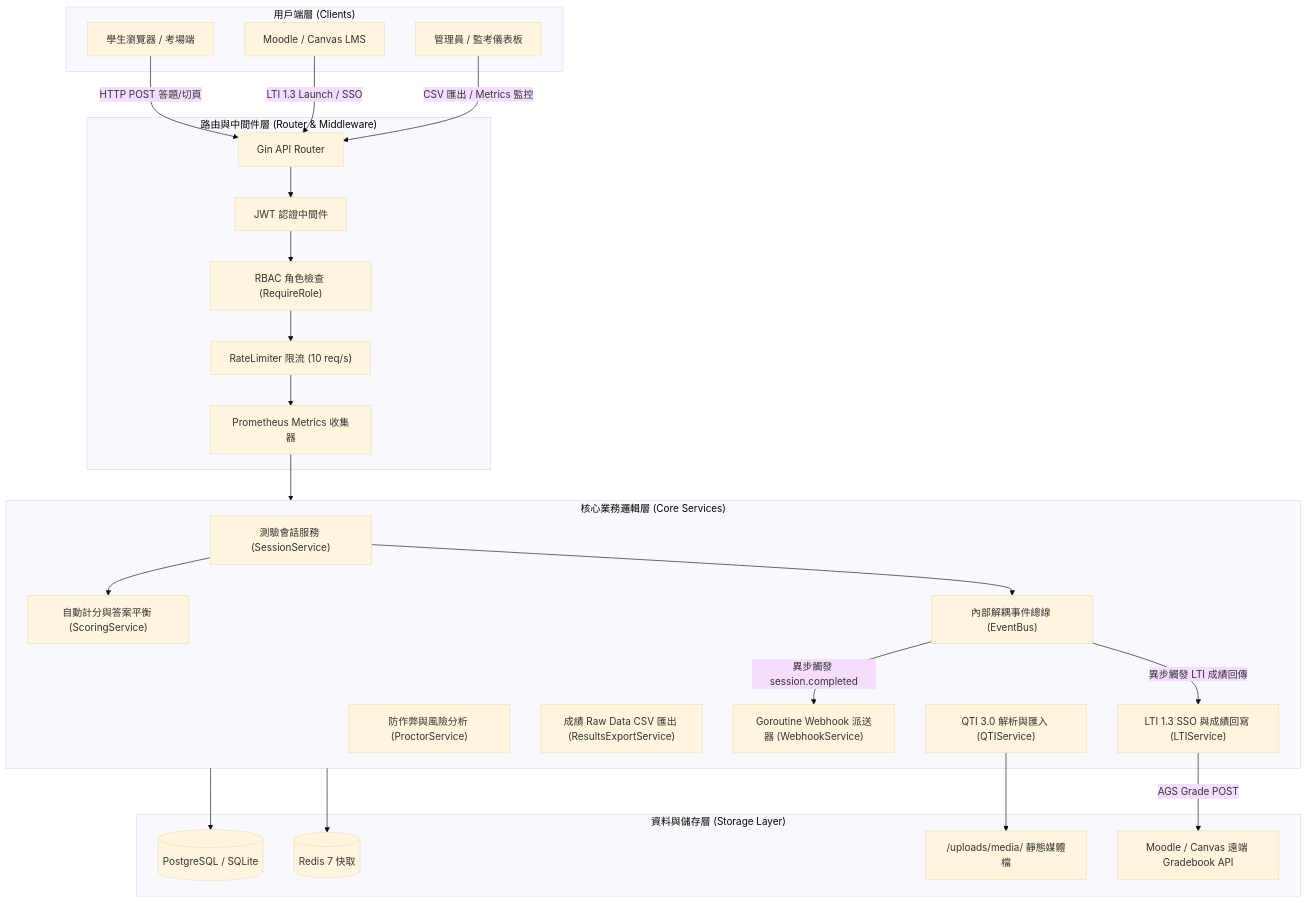
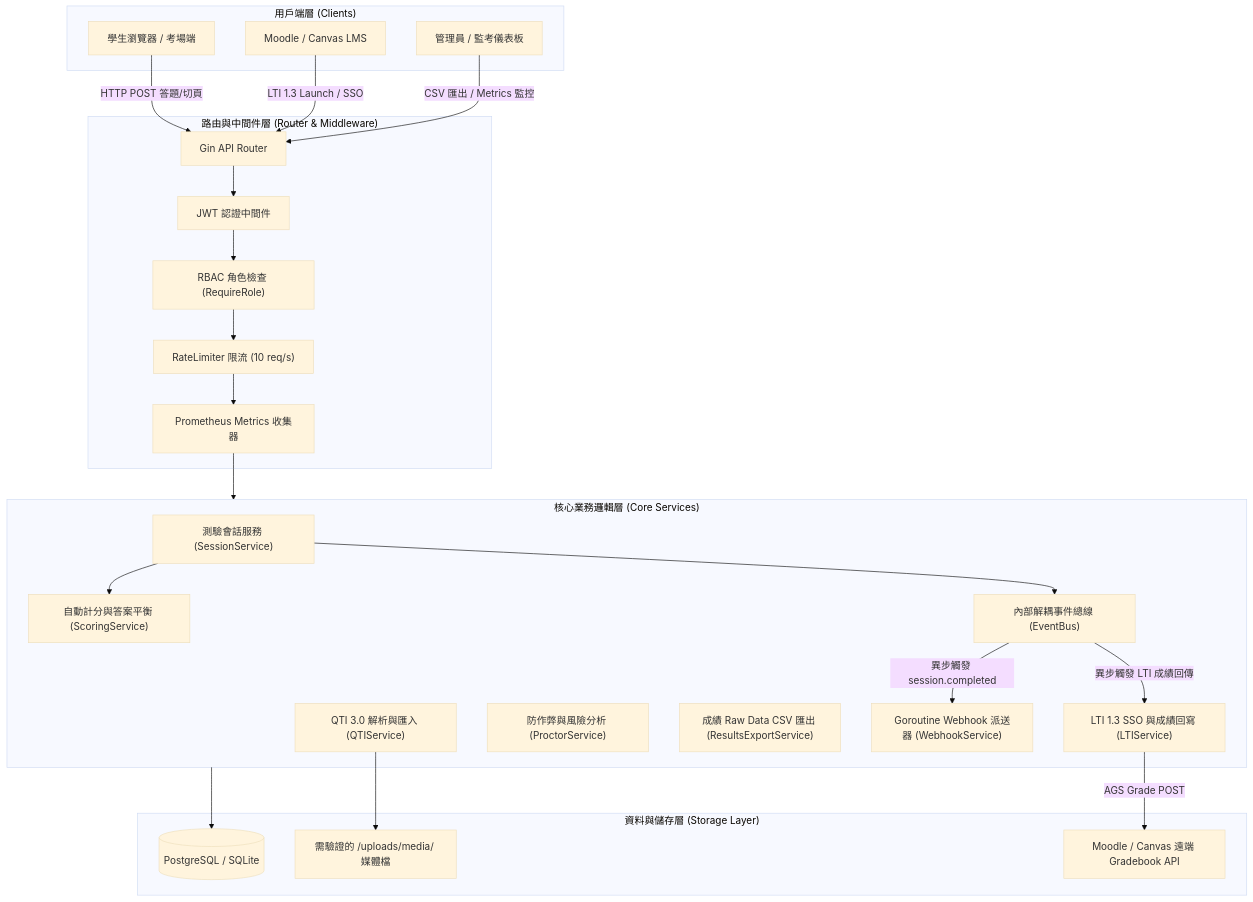
The fifth of 8 diagrams in README.md (allen19970828/tao-core-go), drawn with Mermaid (base theme) before and after one commit. The commit also changed other lines of this file and 48 other files, not shown here.

````diff
--- a/README.md
+++ b/README.md
@@ -415,51 +437,49 @@
 ```mermaid
 flowchart TD
     subgraph Clients ["用戶端層 (Clients)"]
         Browser["學生瀏覽器 / 考場端"]
         Moodle["Moodle / Canvas LMS"]
         AdminDashboard["管理員 / 監考儀表板"]
     end
 
     subgraph Gateway ["路由與中間件層 (Router & Middleware)"]
         GinRouter["Gin API Router"]
         JWTAuth["JWT 認證中間件"]
         RBAC["RBAC 角色檢查 (RequireRole)"]
         RateLimit["RateLimiter 限流 (10 req/s)"]
         MetricsCollector["Prometheus Metrics 收集器"]
     end
 
     subgraph Services ["核心業務邏輯層 (Core Services)"]
         SessionSvc["測驗會話服務 (SessionService)"]
         ScoringSvc["自動計分與答案平衡 (ScoringService)"]
         QTISvc["QTI 3.0 解析與匯入 (QTIService)"]
         LTISvc["LTI 1.3 SSO 與成績回寫 (LTIService)"]
         ProctorSvc["防作弊與風險分析 (ProctorService)"]
         ExportSvc["成績 Raw Data CSV 匯出 (ResultsExportService)"]
         EventBus["內部解耦事件總線 (EventBus)"]
         WebhookSvc["Goroutine Webhook 派送器 (WebhookService)"]
     end
 
     subgraph Storage ["資料與儲存層 (Storage Layer)"]
         DB[(PostgreSQL / SQLite)]
-        Redis[(Redis 7 快取)]
-        MediaDir["/uploads/media/ 靜態媒體檔"]
+        MediaDir["需驗證的 /uploads/media/ 媒體檔"]
         ExternalLMS["Moodle / Canvas 遠端 Gradebook API"]
     end
 
     Browser -->|HTTP POST 答題/切頁| GinRouter
     Moodle -->|LTI 1.3 Launch / SSO| GinRouter
     AdminDashboard -->|CSV 匯出 / Metrics 監控| GinRouter
 
     GinRouter --> JWTAuth --> RBAC --> RateLimit --> MetricsCollector
     MetricsCollector --> Services
 
     SessionSvc --> ScoringSvc
     SessionSvc --> EventBus
     EventBus -->|異步觸發 session.completed| WebhookSvc
     EventBus -->|異步觸發 LTI 成績回傳| LTISvc
 
     QTISvc --> MediaDir
     LTISvc -->|AGS Grade POST| ExternalLMS
     Services --> DB
-    Services --> Redis
 ```
````
